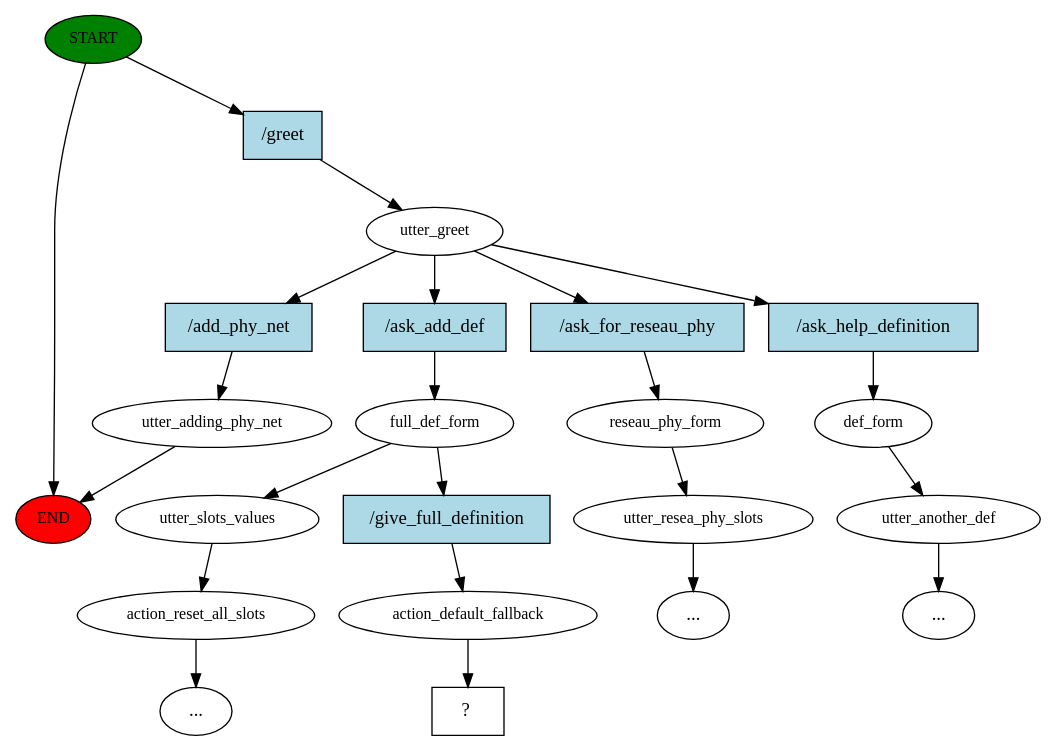
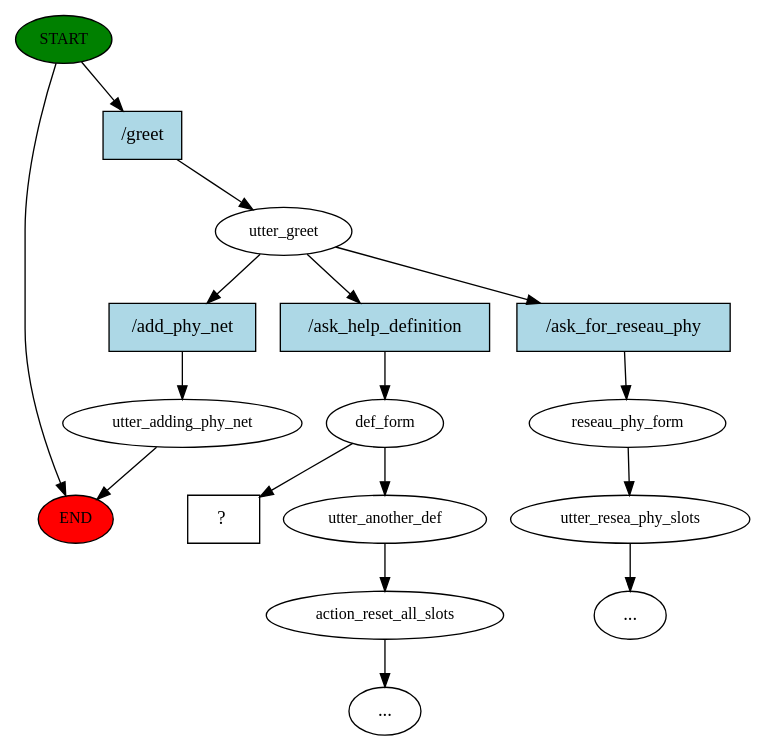
The diagram in story_graph.dot (FaycelSassi/Chatbot), drawn with Graphviz before and after one commit. The commit also changed 93 other files, not shown here.

```diff
--- a/story_graph.dot
+++ b/story_graph.dot
@@ -1,46 +1,34 @@
 digraph  {
 0 [class="start active", fillcolor=green, fontsize=12, label=START, style=filled];
 "-1" [class=end, fillcolor=red, fontsize=12, label=END, style=filled];
 1 [class=active, fontsize=12, label=utter_greet];
-2 [class=active, fontsize=12, label=full_def_form];
-3 [class="", fontsize=12, label=utter_slots_values];
-4 [class="", fontsize=12, label=action_reset_all_slots];
+2 [class="", fontsize=12, label=reseau_phy_form];
+3 [class="", fontsize=12, label=utter_resea_phy_slots];
 "-3" [class=ellipsis, label="..."];
-6 [class="", fontsize=12, label=reseau_phy_form];
-7 [class="", fontsize=12, label=utter_resea_phy_slots];
+5 [class="", fontsize=12, label=utter_adding_phy_net];
+7 [class=active, fontsize=12, label=def_form];
+8 [class="", fontsize=12, label=utter_another_def];
+9 [class="", fontsize=12, label=action_reset_all_slots];
 "-4" [class=ellipsis, label="..."];
-9 [class="", fontsize=12, label=utter_adding_phy_net];
-11 [class="", fontsize=12, label=def_form];
-12 [class="", fontsize=12, label=utter_another_def];
-"-5" [class=ellipsis, label="..."];
-15 [class=active, fontsize=12, label=action_default_fallback];
-16 [class="intent dashed active", label="  ?  ", shape=rect];
-17 [class="intent active", fillcolor=lightblue, label="/greet", shape=rect, style=filled];
-18 [class="intent active", fillcolor=lightblue, label="/ask_add_def", shape=rect, style=filled];
-19 [class=intent, fillcolor=lightblue, label="/ask_for_reseau_phy", shape=rect, style=filled];
-20 [class=intent, fillcolor=lightblue, label="/add_phy_net", shape=rect, style=filled];
-21 [class=intent, fillcolor=lightblue, label="/ask_help_definition", shape=rect, style=filled];
-22 [class="intent active", fillcolor=lightblue, label="/give_full_definition", shape=rect, style=filled];
+12 [class="intent dashed active", label="  ?  ", shape=rect];
+13 [class="intent active", fillcolor=lightblue, label="/greet", shape=rect, style=filled];
+14 [class=intent, fillcolor=lightblue, label="/ask_for_reseau_phy", shape=rect, style=filled];
+15 [class=intent, fillcolor=lightblue, label="/add_phy_net", shape=rect, style=filled];
+16 [class="intent active", fillcolor=lightblue, label="/ask_help_definition", shape=rect, style=filled];
 0 -> "-1"  [class="", key=NONE, label=""];
-0 -> 17  [class=active, key=0];
-1 -> 18  [class=active, key=0];
-1 -> 19  [class="", key=0];
-1 -> 20  [class="", key=0];
-1 -> 21  [class="", key=0];
+0 -> 13  [class=active, key=0];
+1 -> 14  [class="", key=0];
+1 -> 15  [class="", key=0];
+1 -> 16  [class=active, key=0];
 2 -> 3  [class="", key=NONE, label=""];
-2 -> 22  [class=active, key=0];
-3 -> 4  [class="", key=NONE, label=""];
-4 -> "-3"  [class="", key=NONE, label=""];
-6 -> 7  [class="", key=NONE, label=""];
-7 -> "-4"  [class="", key=NONE, label=""];
-9 -> "-1"  [class="", key=NONE, label=""];
-11 -> 12  [class="", key=NONE, label=""];
-12 -> "-5"  [class="", key=NONE, label=""];
-15 -> 16  [class=active, key=NONE, label=""];
-17 -> 1  [class=active, key=0];
-18 -> 2  [class=active, key=0];
-19 -> 6  [class="", key=0];
-20 -> 9  [class="", key=0];
-21 -> 11  [class="", key=0];
-22 -> 15  [class=active, key=0];
+3 -> "-3"  [class="", key=NONE, label=""];
+5 -> "-1"  [class="", key=NONE, label=""];
+7 -> 8  [class="", key=NONE, label=""];
+7 -> 12  [class=active, key=NONE, label=""];
+8 -> 9  [class="", key=NONE, label=""];
+9 -> "-4"  [class="", key=NONE, label=""];
+13 -> 1  [class=active, key=0];
+14 -> 2  [class="", key=0];
+15 -> 5  [class="", key=0];
+16 -> 7  [class=active, key=0];
 }
```
